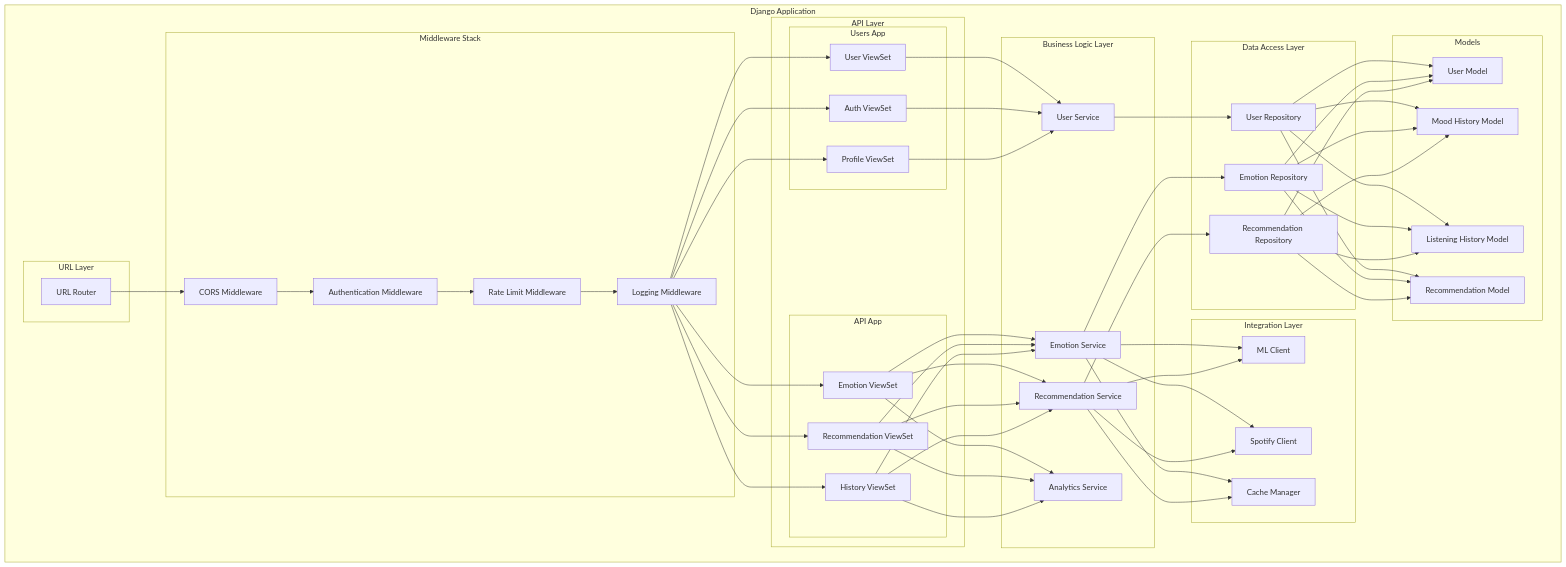
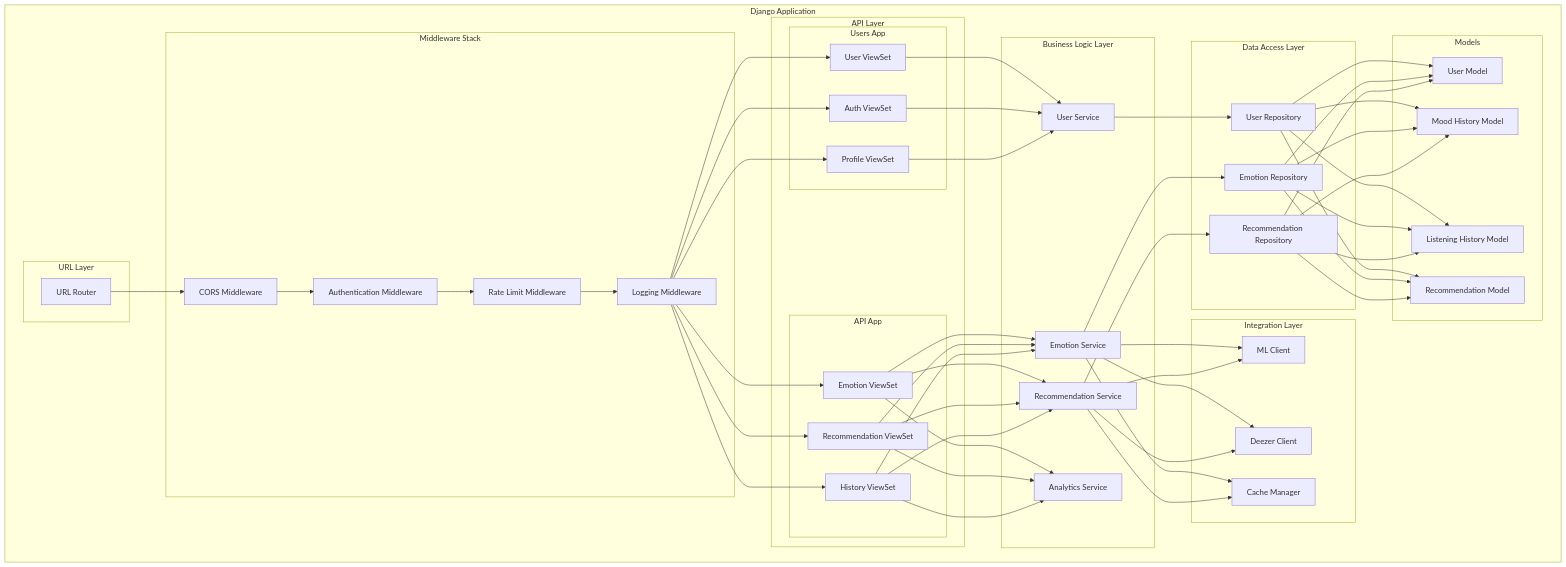
The fourth of 17 diagrams in ARCHITECTURE.md (hoangsonww/Moodify-Emotion-Music-App), drawn with Mermaid before and after one commit. The commit also changed other lines of this file and 4 other files, not shown here.

````diff
--- a/ARCHITECTURE.md
+++ b/ARCHITECTURE.md
@@ -286,68 +286,68 @@
 ```mermaid
 graph TB
     subgraph "Django Application"
         subgraph "URL Layer"
             URL[URL Router]
         end
 
         subgraph "Middleware Stack"
             MW1[CORS Middleware]
             MW2[Authentication Middleware]
             MW3[Rate Limit Middleware]
             MW4[Logging Middleware]
         end
 
         subgraph "API Layer"
             subgraph "Users App"
                 UA1[User ViewSet]
                 UA2[Auth ViewSet]
                 UA3[Profile ViewSet]
             end
 
             subgraph "API App"
                 AA1[Emotion ViewSet]
                 AA2[Recommendation ViewSet]
                 AA3[History ViewSet]
             end
         end
 
         subgraph "Business Logic Layer"
             BL1[User Service]
             BL2[Emotion Service]
             BL3[Recommendation Service]
             BL4[Analytics Service]
         end
 
         subgraph "Data Access Layer"
             DA1[User Repository]
             DA2[Emotion Repository]
             DA3[Recommendation Repository]
         end
 
         subgraph "Integration Layer"
             IN1[ML Client]
-            IN2[Spotify Client]
+            IN2[Deezer Client]
             IN3[Cache Manager]
         end
 
         subgraph "Models"
             MD1[User Model]
             MD2[Mood History Model]
             MD3[Listening History Model]
             MD4[Recommendation Model]
         end
     end
 
     URL --> MW1
     MW1 --> MW2
     MW2 --> MW3
     MW3 --> MW4
     MW4 --> UA1 & UA2 & UA3 & AA1 & AA2 & AA3
     UA1 & UA2 & UA3 --> BL1
     AA1 & AA2 & AA3 --> BL2 & BL3 & BL4
     BL1 --> DA1
     BL2 --> DA2
     BL3 --> DA3
     BL2 & BL3 --> IN1 & IN2 & IN3
     DA1 & DA2 & DA3 --> MD1 & MD2 & MD3 & MD4
 ```
````
